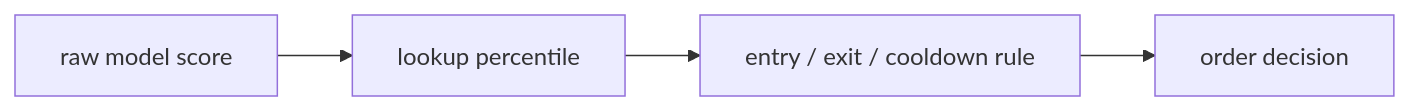
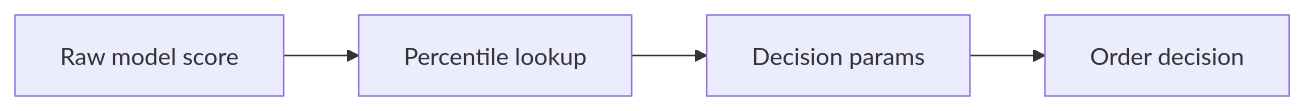
Before and after one commit to Nemesis14/chronoquant: the third of 4 diagrams in _doc_/methodology_doc/7100_live_trading.md, drawn with Mermaid. The commit also changed other lines of this file and 1415 other files, not shown here.

````diff
--- a/_doc_/methodology_doc/7100_live_trading.md
+++ b/_doc_/methodology_doc/7100_live_trading.md
@@ -41,6 +45,6 @@
 ```mermaid
 flowchart LR
-  RAW["raw model score"] --> PCT["lookup percentile"]
-  PCT --> RULE["entry / exit / cooldown rule"]
-  RULE --> ORDER["order decision"]
+  RAW[Raw model score] --> PCT[Percentile lookup]
+  PCT --> RULE[Decision params]
+  RULE --> ORD[Order decision]
 ```
````
